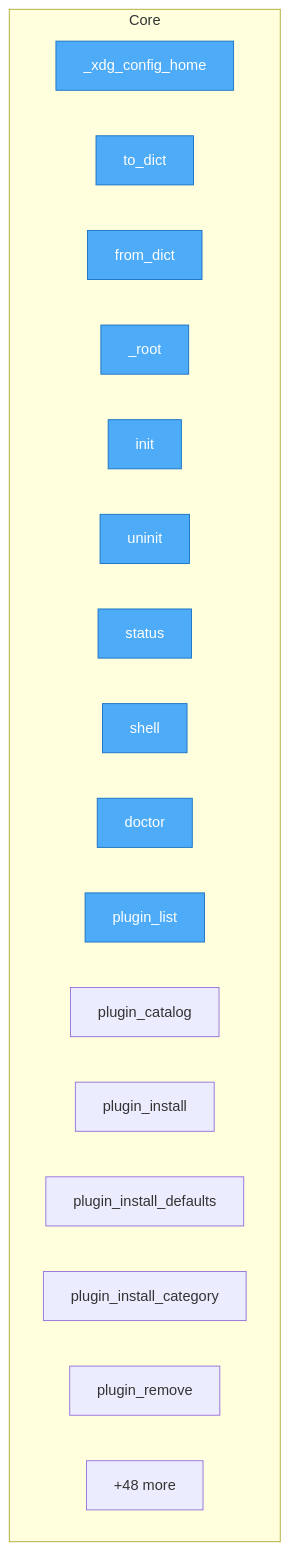
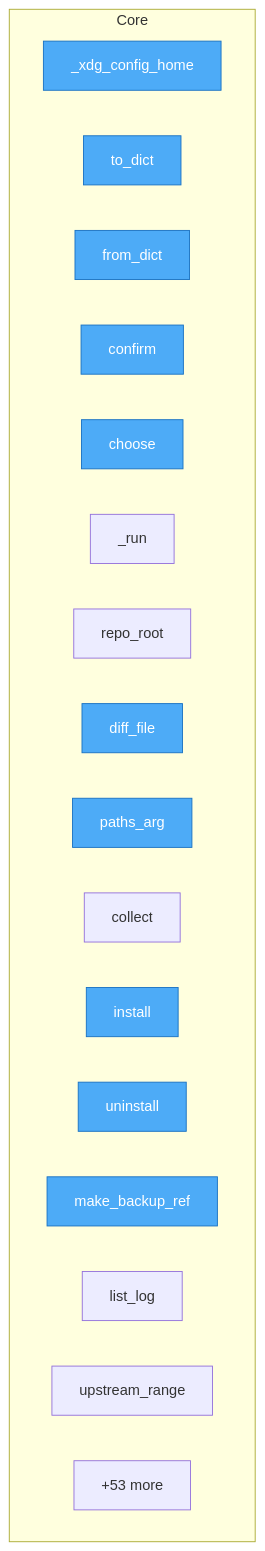
The diagram in project/flow.mmd (semcod/giton), drawn with Mermaid before and after one commit. The commit also changed 51 other files, not shown here.

```diff
--- a/project/flow.mmd
+++ b/project/flow.mmd
@@ -1,26 +1,26 @@
 flowchart TD
 %% generated in 0.00s
 
     %% Entry points (blue)
     classDef entry fill:#4dabf7,stroke:#1971c2,color:#fff
 
     subgraph Core
         src__giton__config___xdg_config_home["_xdg_config_home"]
         src__giton__config__PluginRecord__to_dict["to_dict"]
         src__giton__config__PluginRecord__from_dict["from_dict"]
-        src__giton__cli___root["_root"]
-        src__giton__cli__init["init"]
-        src__giton__cli__uninit["uninit"]
-        src__giton__cli__status["status"]
-        src__giton__cli__shell["shell"]
-        src__giton__cli__doctor["doctor"]
-        src__giton__cli__plugin_list["plugin_list"]
-        src__giton__cli__plugin_catalog["plugin_catalog"]
-        src__giton__cli__plugin_install["plugin_install"]
-        src__giton__cli__plugin_install_defaults["plugin_install_defaults"]
-        src__giton__cli__plugin_install_category["plugin_install_category"]
-        src__giton__cli__plugin_remove["plugin_remove"]
-        ...["+48 more"]
+        src__giton__interactive__confirm["confirm"]
+        src__giton__interactive__choose["choose"]
+        src__giton__context___run["_run"]
+        src__giton__context__repo_root["repo_root"]
+        src__giton__context__GitContext__diff_file["diff_file"]
+        src__giton__context__GitContext__paths_arg["paths_arg"]
+        src__giton__context__collect["collect"]
+        src__giton__hooks__install["install"]
+        src__giton__hooks__uninstall["uninstall"]
+        src__giton__history__make_backup_ref["make_backup_ref"]
+        src__giton__history__list_log["list_log"]
+        src__giton__history__upstream_range["upstream_range"]
+        ...["+53 more"]
     end
 
-    class src__giton__config___xdg_config_home,src__giton__config__PluginRecord__to_dict,src__giton__config__PluginRecord__from_dict,src__giton__cli___root,src__giton__cli__init,src__giton__cli__uninit,src__giton__cli__status,src__giton__cli__shell,src__giton__cli__doctor,src__giton__cli__plugin_list entry
+    class src__giton__config___xdg_config_home,src__giton__config__PluginRecord__to_dict,src__giton__config__PluginRecord__from_dict,src__giton__interactive__confirm,src__giton__interactive__choose,src__giton__context__GitContext__diff_file,src__giton__context__GitContext__paths_arg,src__giton__hooks__install,src__giton__hooks__uninstall,src__giton__history__make_backup_ref entry
```
